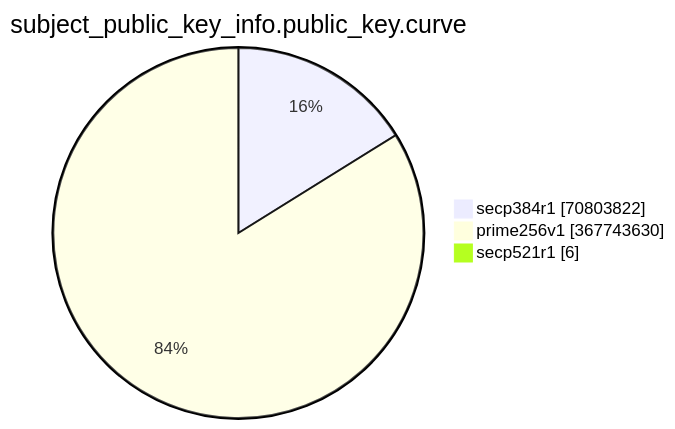
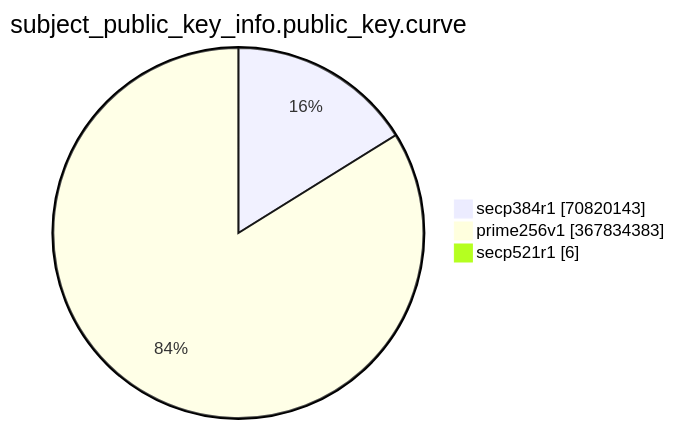
Before and after one commit to christiankrug/ctmonitor_visualization: the eighth of 15 diagrams in TOTAL/README.md, drawn with Mermaid. The commit also changed other lines of this file, not shown here.

````diff
--- a/TOTAL/README.md
+++ b/TOTAL/README.md
@@ -3094,7 +3094,7 @@
 ```mermaid
 pie showData
 title subject_public_key_info.public_key.curve
-"secp384r1" :70803822
-"prime256v1" :367743630
+"secp384r1" :70820143
+"prime256v1" :367834383
 "secp521r1" :6
 ```
````
